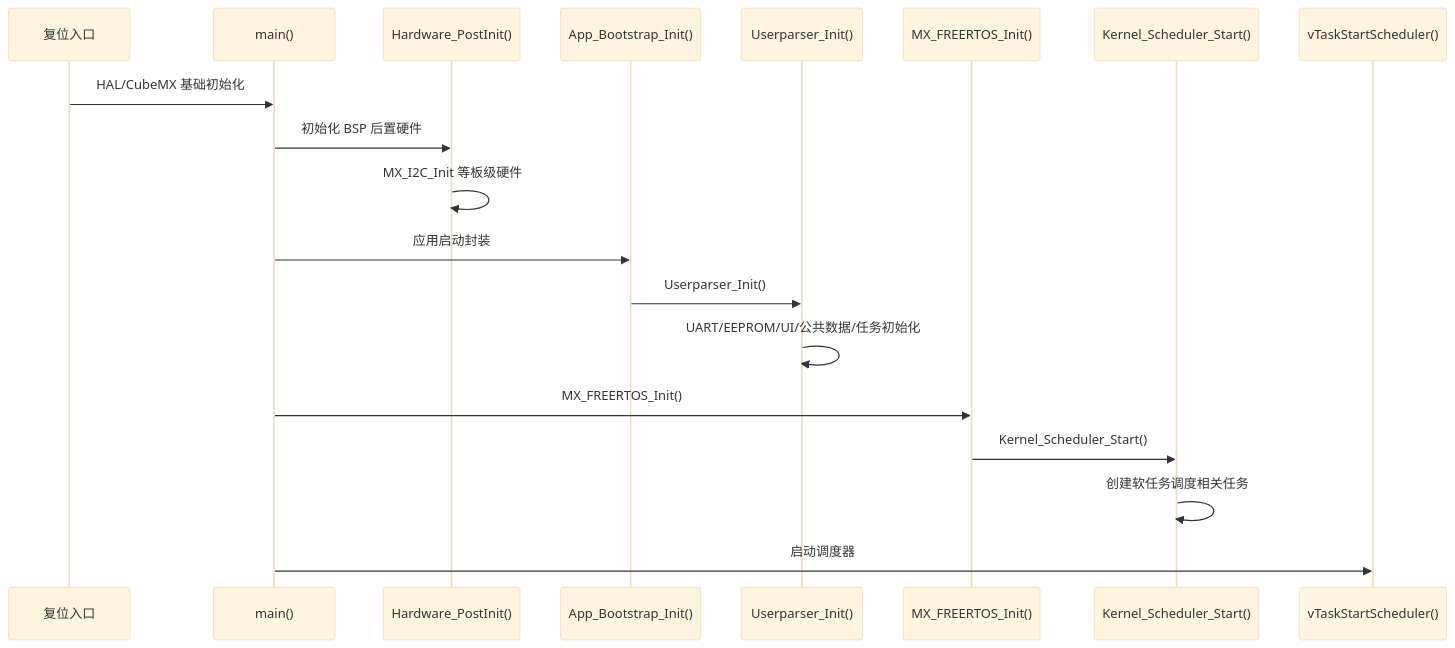
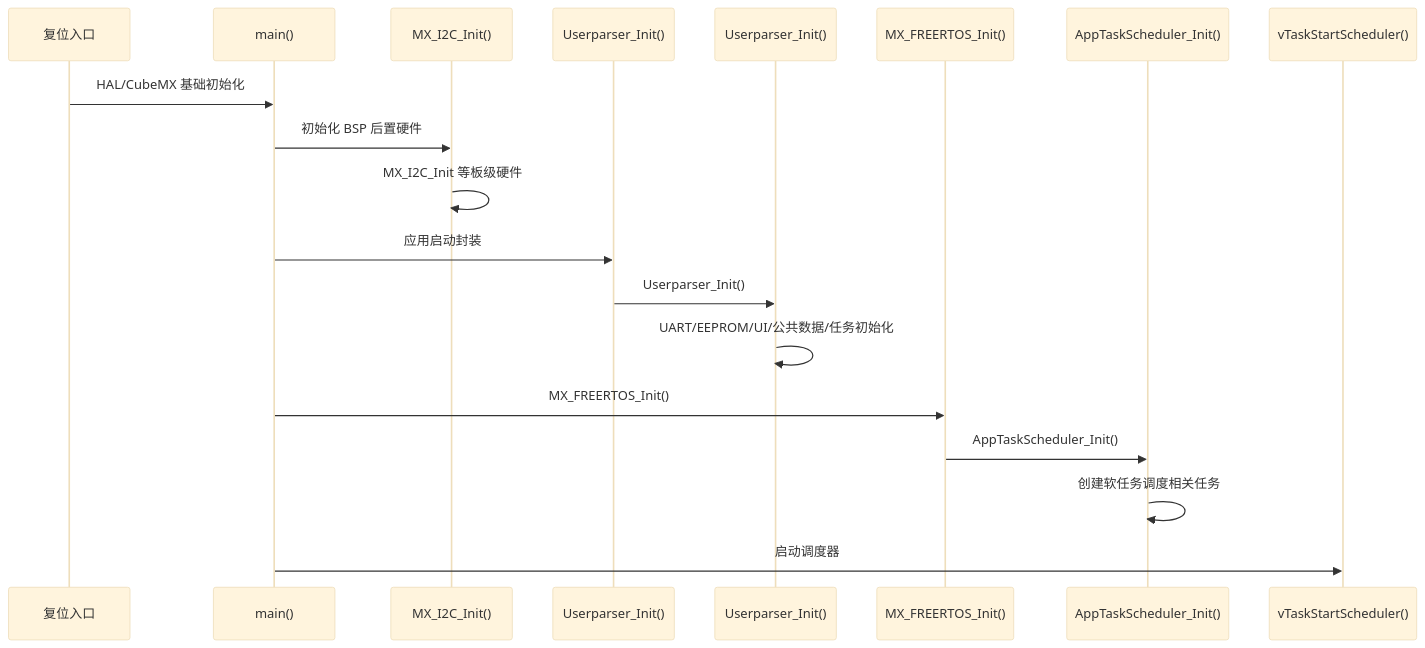
Before and after one commit to HW9711/EH-main: the second of 22 diagrams in docs/product-software-handoff.md, drawn with Mermaid (base theme). The commit also changed other lines of this file and 46 other files, not shown here.

````diff
--- a/docs/product-software-handoff.md
+++ b/docs/product-software-handoff.md
@@ -96,22 +96,22 @@
 ```mermaid
 sequenceDiagram
     participant Reset as 复位入口
     participant Main as main()
-    participant HW as Hardware_PostInit()
-    participant App as App_Bootstrap_Init()
+    participant HW as MX_I2C_Init()
+    participant App as Userparser_Init()
     participant Parser as Userparser_Init()
     participant RTOS as MX_FREERTOS_Init()
-    participant Kernel as Kernel_Scheduler_Start()
+    participant Kernel as AppTaskScheduler_Init()
     participant FreeRTOS as vTaskStartScheduler()
 
     Reset->>Main: HAL/CubeMX 基础初始化
     Main->>HW: 初始化 BSP 后置硬件
     HW->>HW: MX_I2C_Init 等板级硬件
     Main->>App: 应用启动封装
     App->>Parser: Userparser_Init()
     Parser->>Parser: UART/EEPROM/UI/公共数据/任务初始化
     Main->>RTOS: MX_FREERTOS_Init()
-    RTOS->>Kernel: Kernel_Scheduler_Start()
+    RTOS->>Kernel: AppTaskScheduler_Init()
     Kernel->>Kernel: 创建软任务调度相关任务
     Main->>FreeRTOS: 启动调度器
 ```
````
